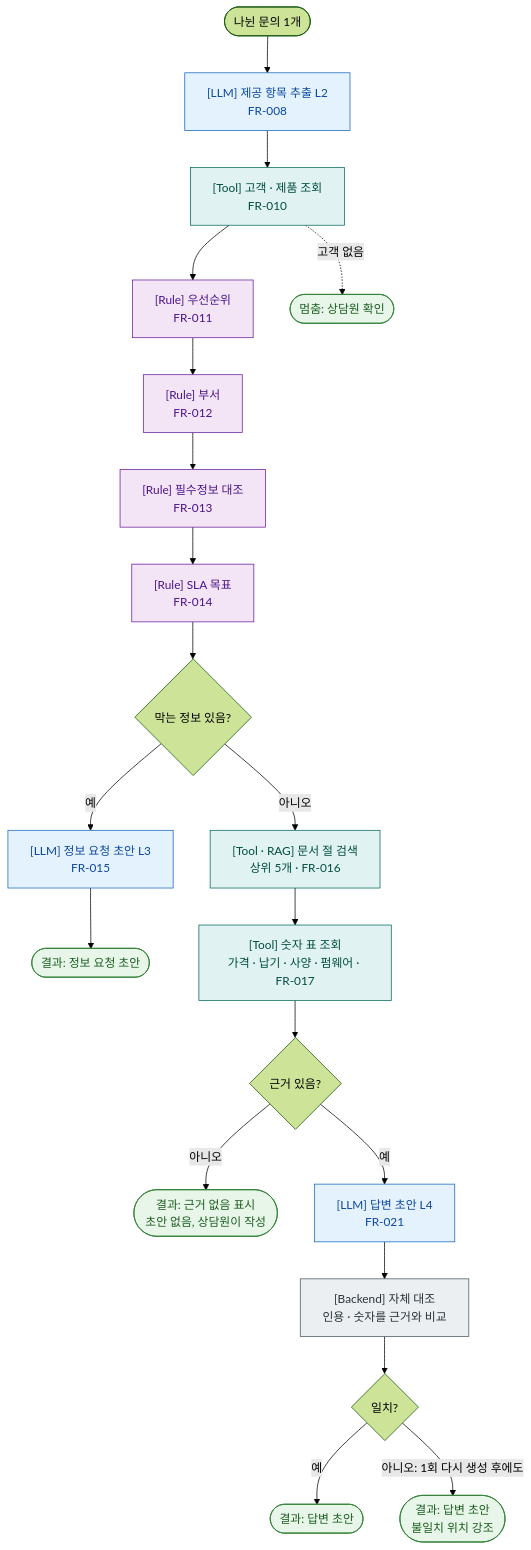
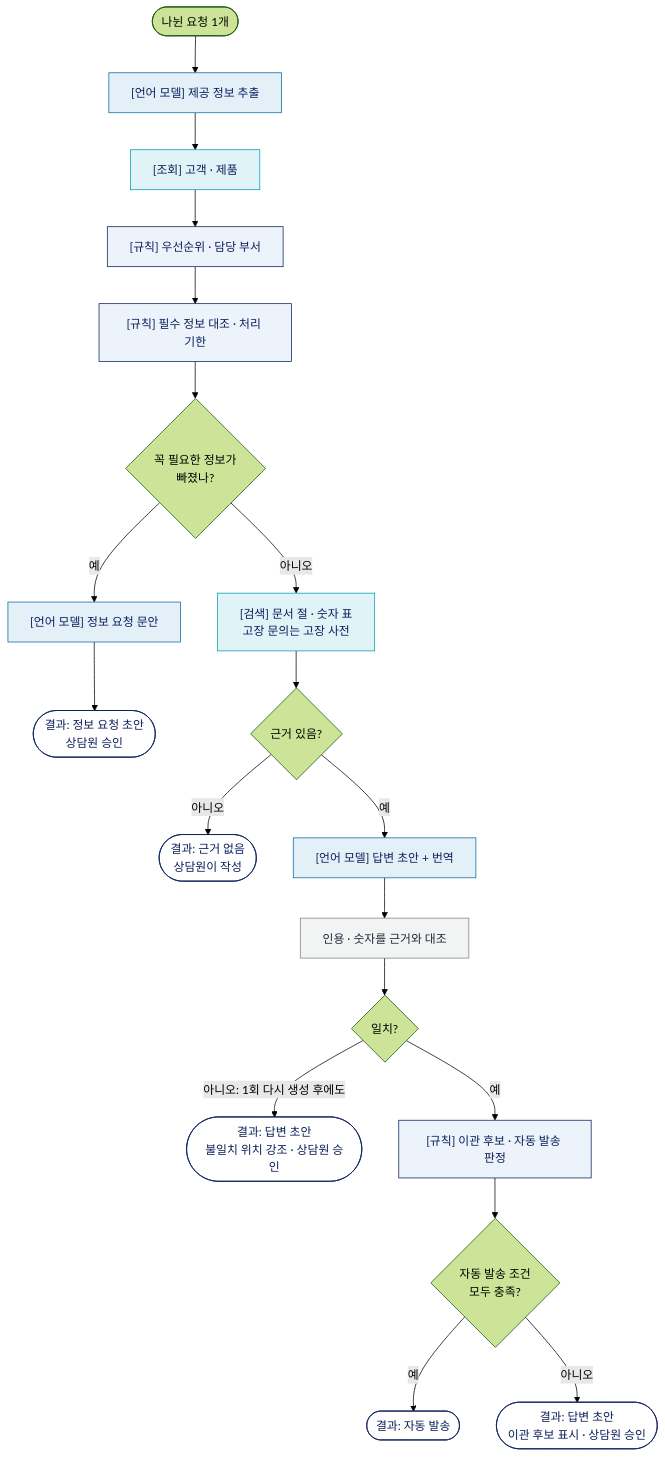
One commit to SongjuNa/cs-agent-service changed the third of 3 diagrams in docs/planning/project-plan.md. Above: the diagram before and after it, drawn with Mermaid (forest theme). The commit also changed other lines of this file and 3 other files, not shown here.

````diff
--- a/docs/planning/project-plan.md
+++ b/docs/planning/project-plan.md
@@ -335,33 +448,32 @@
 ```mermaid
 flowchart TD
-    IN(["나뉜 문의 1개"]) --> Q1["[LLM] 제공 항목 추출 L2<br/>FR-008"]
-    Q1 --> Q2["[Tool] 고객 · 제품 조회<br/>FR-010"]
-    Q2 --> Q3["[Rule] 우선순위<br/>FR-011"]
-    Q3 --> Q4["[Rule] 부서<br/>FR-012"]
-    Q4 --> Q5["[Rule] 필수정보 대조<br/>FR-013"]
-    Q5 --> Q6["[Rule] SLA 목표<br/>FR-014"]
-    Q6 --> B1{"막는 정보 있음?"}
-    B1 -- "예" --> Q7["[LLM] 정보 요청 초안 L3<br/>FR-015"]
-    Q7 --> O1(["결과: 정보 요청 초안"])
-    B1 -- "아니오" --> Q8["[Tool · RAG] 문서 절 검색<br/>상위 5개 · FR-016"]
-    Q8 --> Q9["[Tool] 숫자 표 조회<br/>가격 · 납기 · 사양 · 펌웨어 · FR-017"]
-    Q9 --> B2{"근거 있음?"}
-    B2 -- "아니오" --> O2(["결과: 근거 없음 표시<br/>초안 없음, 상담원이 작성"])
-    B2 -- "예" --> Q10["[LLM] 답변 초안 L4<br/>FR-021"]
-    Q10 --> Q11["[Backend] 자체 대조<br/>인용 · 숫자를 근거와 비교"]
+    IN(["나뉜 요청 1개"]) --> Q1["[언어 모델] 제공 정보 추출"]
+    Q1 --> Q2["[조회] 고객 · 제품"]
+    Q2 --> Q3["[규칙] 우선순위 · 담당 부서"]
+    Q3 --> Q5["[규칙] 필수 정보 대조 · 처리 기한"]
+    Q5 --> B1{"꼭 필요한 정보가<br/>빠졌나?"}
+    B1 -- "예" --> Q7["[언어 모델] 정보 요청 문안"]
+    Q7 --> O1(["결과: 정보 요청 초안<br/>상담원 승인"])
+    B1 -- "아니오" --> Q8["[검색] 문서 절 · 숫자 표<br/>고장 문의는 고장 사전"]
+    Q8 --> B2{"근거 있음?"}
+    B2 -- "아니오" --> O2(["결과: 근거 없음<br/>상담원이 작성"])
+    B2 -- "예" --> Q10["[언어 모델] 답변 초안 + 번역"]
+    Q10 --> Q11["인용 · 숫자를 근거와 대조"]
     Q11 --> B3{"일치?"}
-    B3 -- "예" --> O3(["결과: 답변 초안"])
-    B3 -- "아니오: 1회 다시 생성 후에도" --> O4(["결과: 답변 초안<br/>불일치 위치 강조"])
-    Q2 -. "고객 없음" .-> O5(["멈춤: 상담원 확인"])
+    B3 -- "아니오: 1회 다시 생성 후에도" --> O4(["결과: 답변 초안<br/>불일치 위치 강조 · 상담원 승인"])
+    B3 -- "예" --> Q12["[규칙] 이관 후보 · 자동 발송 판정"]
+    Q12 --> B4{"자동 발송 조건<br/>모두 충족?"}
+    B4 -- "예" --> O5(["결과: 자동 발송"])
+    B4 -- "아니오" --> O3(["결과: 답변 초안<br/>이관 후보 표시 · 상담원 승인"])
 
-    classDef llm fill:#E3F2FD,stroke:#1565C0,color:#0D47A1
-    classDef rule fill:#F3E5F5,stroke:#6A1B9A,color:#4A148C
-    classDef tool fill:#E0F2F1,stroke:#00695C,color:#004D40
-    classDef backend fill:#ECEFF1,stroke:#455A64,color:#263238
-    classDef endnode fill:#E8F5E9,stroke:#2E7D32,color:#1B5E20
+    classDef llm fill:#E3F0F8,stroke:#0569A0,color:#0A1E5A
+    classDef rule fill:#EDF3FA,stroke:#0A1E5A,color:#0A1E5A
+    classDef tool fill:#E0F3F6,stroke:#009BB4,color:#0A1E5A
+    classDef backend fill:#F2F3F3,stroke:#7D8282,color:#1F2937
+    classDef endnode fill:#FFFFFF,stroke:#0A1E5A,color:#0A1E5A
     class Q1,Q7,Q10 llm
-    class Q3,Q4,Q5,Q6 rule
-    class Q2,Q8,Q9 tool
+    class Q3,Q5,Q12 rule
+    class Q2,Q8 tool
     class Q11 backend
     class O1,O2,O3,O4,O5 endnode
 ```
````
